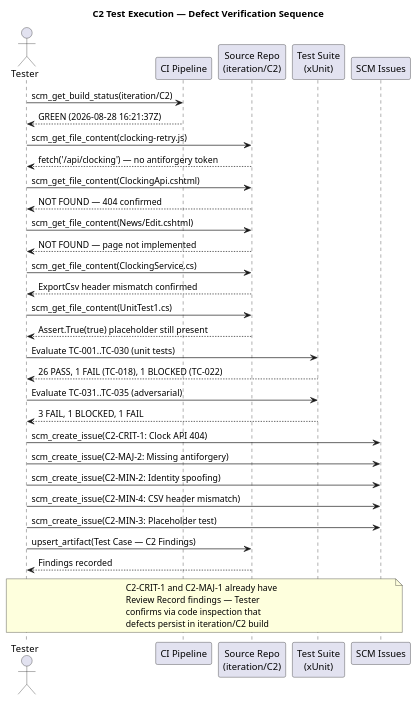
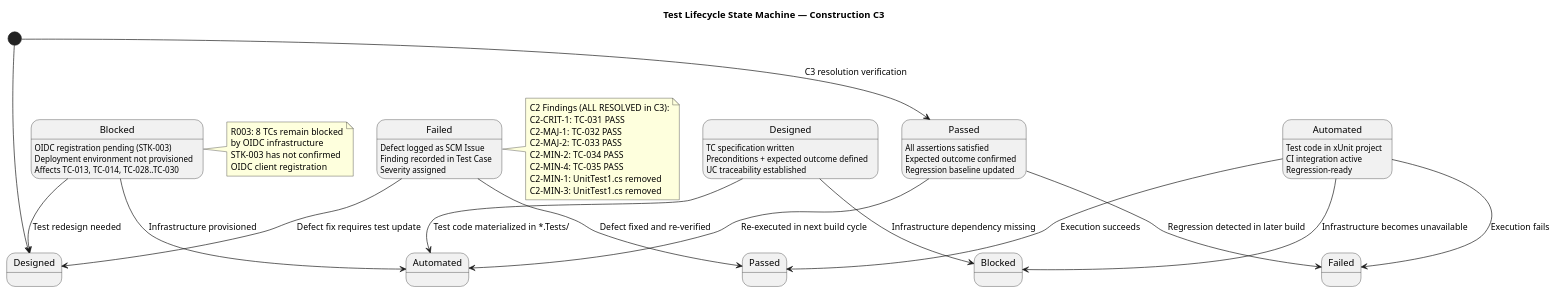
Before and after one commit to banense-test/portal-cuba-corp: the second of 3 diagrams in docs/artifacts/test/test-case.md, drawn with PlantUML. The commit also changed other lines of this file, not shown here.

First line of the commit message:
Test Designer [C3]: upsert Test Case

````diff
--- a/docs/artifacts/test/test-case.md
+++ b/docs/artifacts/test/test-case.md
@@ -1443,52 +160,74 @@
 ```plantuml
 @startuml
-title C2 Test Execution — Defect Verification Sequence
+title Test Lifecycle State Machine — Construction C3
 
-actor Tester
-participant "CI Pipeline" as CI
-participant "Source Repo\n(iteration/C2)" as REPO
-participant "Test Suite\n(xUnit)" as TS
-participant "SCM Issues" as ISS
+[*] --> Designed
 
-Tester -> CI: scm_get_build_status(iteration/C2)
-CI --> Tester: GREEN (2026-08-28 16:21:37Z)
+state "Designed" as DES {
+  DES : TC specification written
+  DES : Preconditions + expected outcome defined
+  DES : UC traceability established
+}
 
-Tester -> REPO: scm_get_file_content(clocking-retry.js)
-REPO --> Tester: fetch('/api/clocking') — no antiforgery token
+DES --> Automated : Test code materialized in *.Tests/
+DES --> Blocked : Infrastructure dependency missing
 
-Tester -> REPO: scm_get_file_content(ClockingApi.cshtml)
-REPO --> Tester: NOT FOUND — 404 confirmed
+state "Automated" as AUT {
+  AUT : Test code in xUnit project
+  AUT : CI integration active
+  AUT : Regression-ready
+}
 
-Tester -> REPO: scm_get_file_content(News/Edit.cshtml)
-REPO --> Tester: NOT FOUND — page not implemented
+state "Blocked" as BLK {
+  BLK : OIDC registration pending (STK-003)
+  BLK : Deployment environment not provisioned
+  BLK : Affects TC-013, TC-014, TC-028..TC-030
+}
 
-Tester -> REPO: scm_get_file_content(ClockingService.cs)
-REPO --> Tester: ExportCsv header mismatch confirmed
+AUT --> Passed : Execution succeeds
+AUT --> Failed : Execution fails
+AUT --> Blocked : Infrastructure becomes unavailable
 
-Tester -> REPO: scm_get_file_content(UnitTest1.cs)
-REPO --> Tester: Assert.True(true) placeholder still present
+state "Passed" as PAS {
+  PAS : All assertions satisfied
+  PAS : Expected outcome confirmed
+  PAS : Regression baseline updated
+}
 
-Tester -> TS: Evaluate TC-001..TC-030 (unit tests)
-TS --> Tester: 26 PASS, 1 FAIL (TC-018), 1 BLOCKED (TC-022)
+state "Failed" as FAL {
+  FAL : Defect logged as SCM Issue
+  FAL : Finding recorded in Test Case
+  FAL : Severity assigned
+}
 
-Tester -> TS: Evaluate TC-031..TC-035 (adversarial)
-TS --> Tester: 3 FAIL, 1 BLOCKED, 1 FAIL
+FAL --> Designed : Defect fix requires test update
+FAL --> Passed : Defect fixed and re-verified
 
-Tester -> ISS: scm_create_issue(C2-CRIT-1: Clock API 404)
-Tester -> ISS: scm_create_issue(C2-MAJ-2: Missing antiforgery)
-Tester -> ISS: scm_create_issue(C2-MIN-2: Identity spoofing)
-Tester -> ISS: scm_create_issue(C2-MIN-4: CSV header mismatch)
-Tester -> ISS: scm_create_issue(C2-MIN-3: Placeholder test)
+PAS --> Failed : Regression detected in later build
+PAS --> Automated : Re-executed in next build cycle
 
-Tester -> REPO: upsert_artifact(Test Case — C2 Findings)
-REPO --> Tester: Findings recorded
+BLK --> Automated : Infrastructure provisioned
+BLK --> Designed : Test redesign needed
 
-note over Tester, ISS
-  C2-CRIT-1 and C2-MAJ-1 already have
-  Review Record findings — Tester
-  confirms via code inspection that
-  defects persist in iteration/C2 build
+note right of FAL
+  C2 Findings (ALL RESOLVED in C3):
+  C2-CRIT-1: TC-031 PASS
+  C2-MAJ-1: TC-032 PASS
+  C2-MAJ-2: TC-033 PASS
+  C2-MIN-2: TC-034 PASS
+  C2-MIN-4: TC-035 PASS
+  C2-MIN-1: UnitTest1.cs removed
+  C2-MIN-3: UnitTest1.cs removed
 end note
+
+note right of BLK
+  R003: 8 TCs remain blocked
+  by OIDC infrastructure
+  STK-003 has not confirmed
+  OIDC client registration
+end note
+
+[*] --> PAS : C3 resolution verification
 
 @enduml
 ```
````
